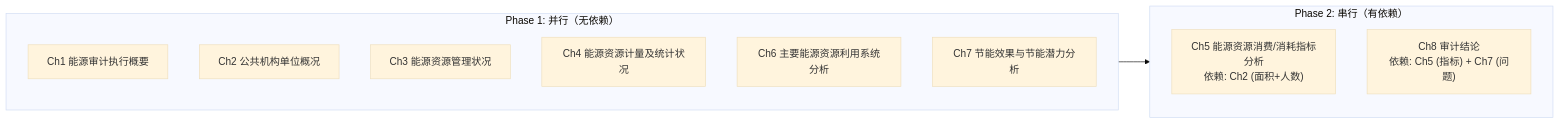
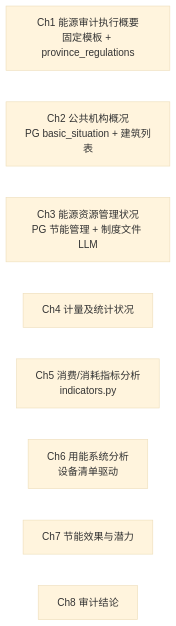
One commit to ma1138569845/dechnicAuditor-agent changed the second of 2 diagrams in docs/energy-audit-agent-flowchart.md. Above: the diagram before and after it, drawn with Mermaid (base theme). The commit also changed other lines of this file and 6 other files, not shown here.

````diff
--- a/docs/energy-audit-agent-flowchart.md
+++ b/docs/energy-audit-agent-flowchart.md
@@ -100,20 +42,11 @@
 ```mermaid
 flowchart LR
-    subgraph Phase1["Phase 1: 并行（无依赖）"]
-        direction TB
-        CH1["Ch1 能源审计执行概要"]
-        CH2["Ch2 公共机构单位概况"]
-        CH3["Ch3 能源资源管理状况"]
-        CH4["Ch4 能源资源计量及统计状况"]
-        CH6["Ch6 主要能源资源利用系统分析"]
-        CH7["Ch7 节能效果与节能潜力分析"]
-    end
-
-    subgraph Phase2["Phase 2: 串行（有依赖）"]
-        direction TB
-        CH5["Ch5 能源资源消费/消耗指标分析<br/>依赖: Ch2 (面积+人数)"]
-        CH8["Ch8 审计结论<br/>依赖: Ch5 (指标) + Ch7 (问题)"]
-    end
-
-    Phase1 --> Phase2
+    CH1["Ch1 能源审计执行概要<br/>固定模板 + province_regulations"]
+    CH2["Ch2 公共机构概况<br/>PG basic_situation + 建筑列表"]
+    CH3["Ch3 能源资源管理状况<br/>PG 节能管理 + 制度文件 LLM"]
+    CH4["Ch4 计量及统计状况"]
+    CH5["Ch5 消费/消耗指标分析<br/>indicators.py"]
+    CH6["Ch6 用能系统分析<br/>设备清单驱动"]
+    CH7["Ch7 节能效果与潜力"]
+    CH8["Ch8 审计结论"]
 ```
````
